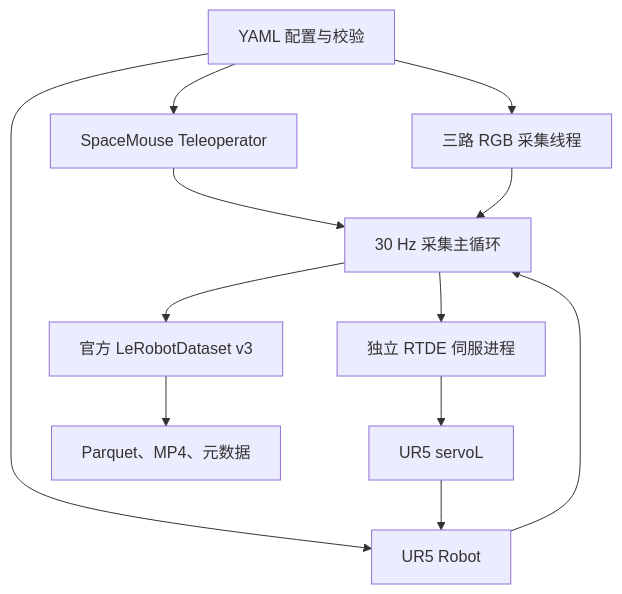
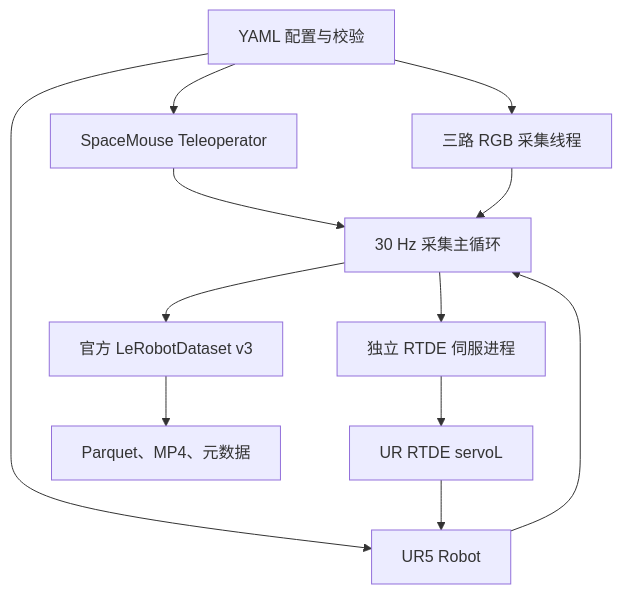
The diagram in README.md (DeleteAllAndRewrite/ur5_lerobot_7dim), drawn with Mermaid before and after one commit. The commit also changed other lines of this file and 587 other files, not shown here.

````diff
--- a/README.md
+++ b/README.md
@@ -19,14 +19,14 @@
 ```mermaid
 flowchart TD
     C["YAML 配置与校验"] --> T["SpaceMouse Teleoperator"]
     C --> R["UR5 Robot"]
     C --> V["三路 RGB 采集线程"]
     T --> L["30 Hz 采集主循环"]
     V --> L
     R --> L
     L --> P["独立 RTDE 伺服进程"]
-    P --> U["UR5 servoL"]
+    P --> U["UR RTDE servoL"]
     U --> R
     L --> D["官方 LeRobotDataset v3"]
     D --> F["Parquet、MP4、元数据"]
 ```
````
